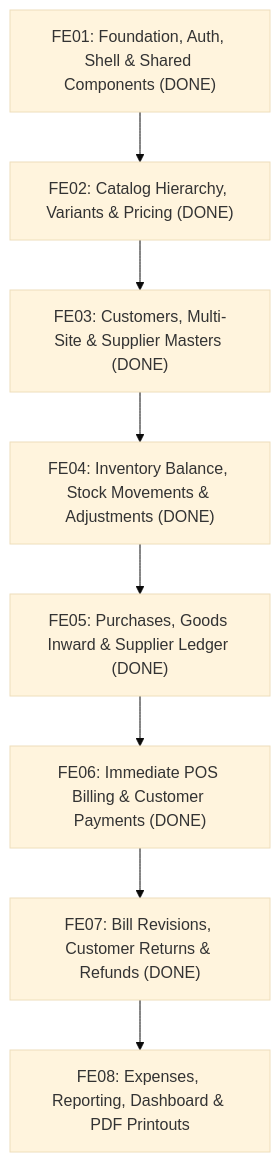
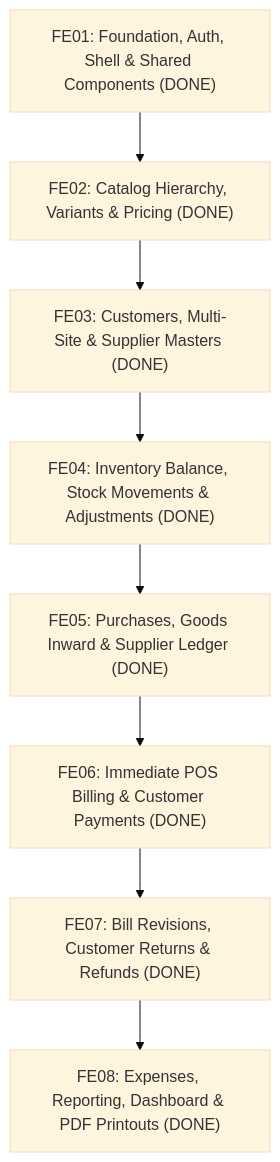
One commit to asalkarhh/himmat-enterprises-fe changed the diagram in README.md. Above: the diagram before and after it, drawn with Mermaid (base theme). The commit also changed other lines of this file and 23 other files, not shown here.

````diff
--- a/README.md
+++ b/README.md
@@ -302,10 +337,10 @@
 ```mermaid
 flowchart TD
   FE01["FE01: Foundation, Auth, Shell & Shared Components (DONE)"] --> FE02["FE02: Catalog Hierarchy, Variants & Pricing (DONE)"]
   FE02 --> FE03["FE03: Customers, Multi-Site & Supplier Masters (DONE)"]
   FE03 --> FE04["FE04: Inventory Balance, Stock Movements & Adjustments (DONE)"]
   FE04 --> FE05["FE05: Purchases, Goods Inward & Supplier Ledger (DONE)"]
   FE05 --> FE06["FE06: Immediate POS Billing & Customer Payments (DONE)"]
   FE06 --> FE07["FE07: Bill Revisions, Customer Returns & Refunds (DONE)"]
-  FE07 --> FE08["FE08: Expenses, Reporting, Dashboard & PDF Printouts"]
+  FE07 --> FE08["FE08: Expenses, Reporting, Dashboard & PDF Printouts (DONE)"]
 ```
````
